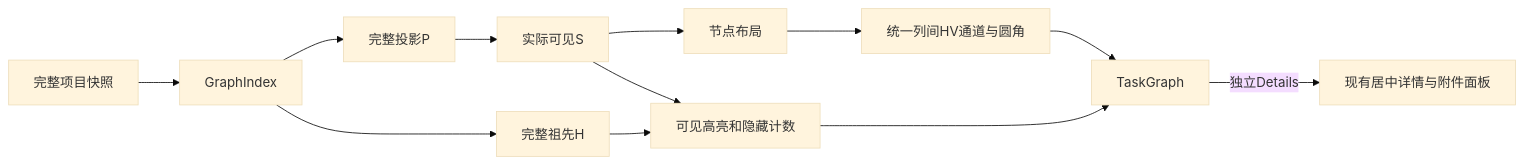
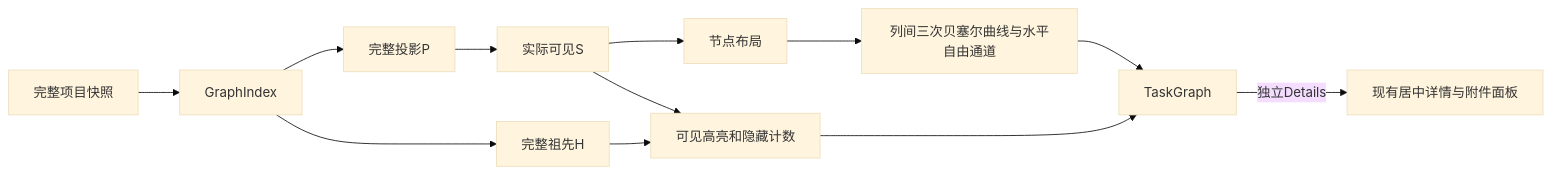
The diagram in docs/design/daynight-task-inspection.md (codetreker/daynight), drawn with Mermaid (base theme) before and after one commit. The commit also changed other lines of this file and 22 other files, not shown here.

````diff
--- a/docs/design/daynight-task-inspection.md
+++ b/docs/design/daynight-task-inspection.md
@@ -16,14 +16,14 @@
 ```mermaid
 flowchart LR
   Snapshot[完整项目快照] --> Index[GraphIndex]
   Index --> P[完整投影P]
   P --> S[实际可见S]
   S --> Layout[节点布局]
-  Layout --> Channels[统一列间HV通道与圆角]
+  Layout --> Channels[列间三次贝塞尔曲线与水平自由通道]
   Index --> H[完整祖先H]
   H --> Paint[可见高亮和隐藏计数]
   S --> Paint
   Channels --> Canvas[TaskGraph]
   Paint --> Canvas
   Canvas -->|独立Details| Detail[现有居中详情与附件面板]
 ```
````
